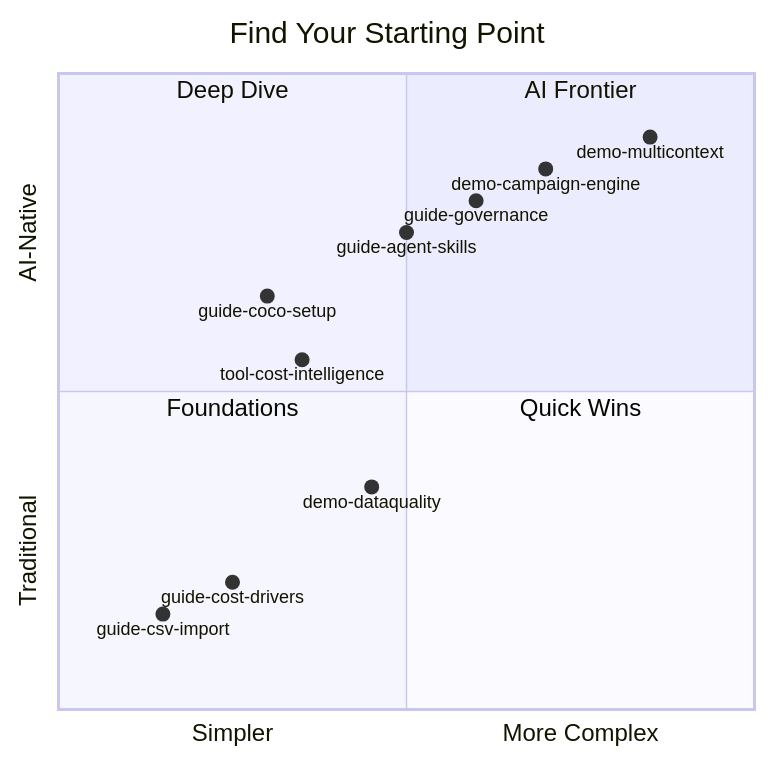
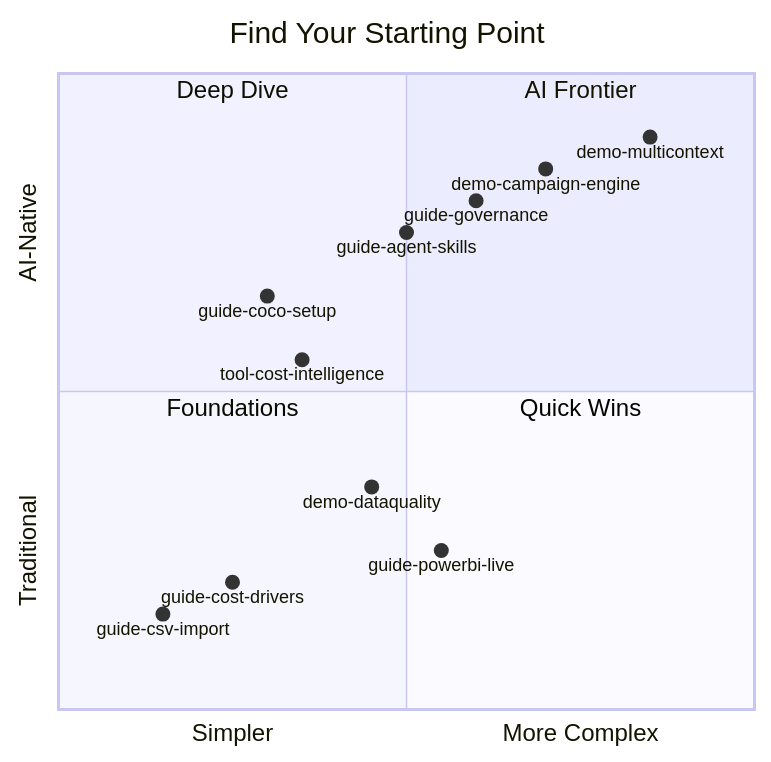
One commit to sfc-gh-miwhitaker/sfe-public changed the first of 2 diagrams in README.md. Above: the diagram before and after it, drawn with Mermaid. The commit also changed other lines of this file and 2 other files, not shown here.

First line of the commit message:
docs: update README.md to reflect new project count and add Power BI guide

````diff
--- a/README.md
+++ b/README.md
@@ -10,19 +10,20 @@
 ```mermaid
 quadrantChart
     title Find Your Starting Point
     x-axis Simpler --> More Complex
     y-axis Traditional --> AI-Native
     quadrant-1 AI Frontier
     quadrant-2 Deep Dive
     quadrant-3 Foundations
     quadrant-4 Quick Wins
     guide-csv-import: [0.15, 0.15]
     guide-cost-drivers: [0.25, 0.20]
+    guide-powerbi-live: [0.55, 0.25]
     guide-coco-setup: [0.3, 0.65]
     tool-cost-intelligence: [0.35, 0.55]
     demo-dataquality: [0.45, 0.35]
     guide-agent-skills: [0.5, 0.75]
     demo-campaign-engine: [0.7, 0.85]
     demo-multicontext: [0.85, 0.9]
     guide-governance: [0.6, 0.8]
 ```
````
